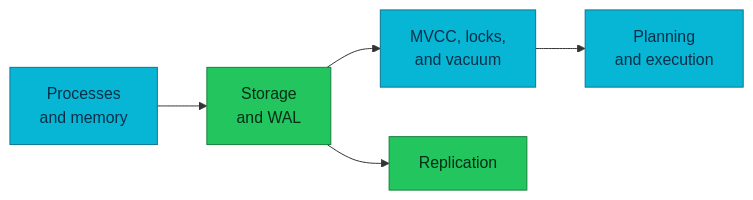
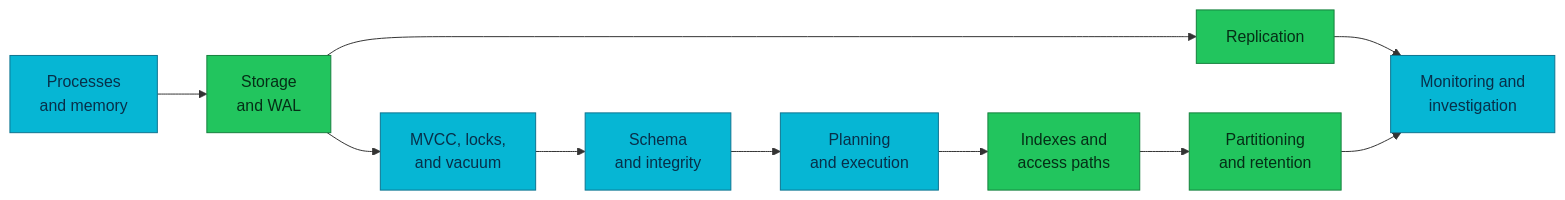
The diagram in docs/databases/fundamentals/README.md (duynhlab/homelab), drawn with Mermaid before and after one commit. The commit also changed other lines of this file and 41 other files, not shown here.

````diff
--- a/docs/databases/fundamentals/README.md
+++ b/docs/databases/fundamentals/README.md
@@ -28,12 +31,17 @@
 ```mermaid
 flowchart LR
     Process["Processes<br/>and memory"] --> Storage["Storage<br/>and WAL"]
     Storage --> MVCC["MVCC, locks,<br/>and vacuum"]
-    MVCC --> Query["Planning<br/>and execution"]
+    MVCC --> Schema["Schema<br/>and integrity"]
+    Schema --> Query["Planning<br/>and execution"]
+    Query --> Index["Indexes and<br/>access paths"]
+    Index --> Partition["Partitioning<br/>and retention"]
     Storage --> Replication["Replication"]
+    Replication --> Monitor["Monitoring and<br/>investigation"]
+    Partition --> Monitor
 
     classDef service fill:#06b6d4,color:#082f49,stroke:#0e7490;
     classDef data fill:#22c55e,color:#052e16,stroke:#15803d;
-    class Process,MVCC,Query service;
-    class Storage,Replication data;
+    class Process,MVCC,Schema,Query,Monitor service;
+    class Storage,Index,Partition,Replication data;
 ```
````
